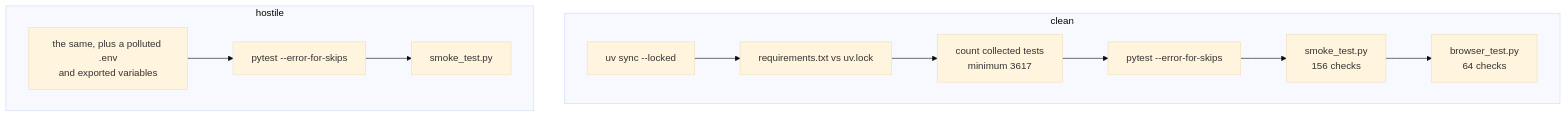
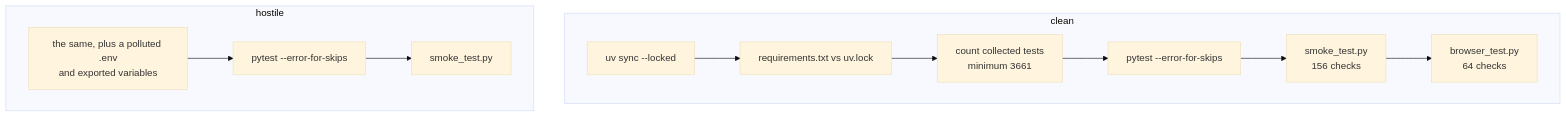
One commit to IAMN1/link-shortener changed the diagram in docs/testing.md. Above: the diagram before and after it, drawn with Mermaid (base theme). The commit also changed other lines of this file and 39 other files, not shown here.

````diff
--- a/docs/testing.md
+++ b/docs/testing.md
@@ -409,12 +409,12 @@
 ```mermaid
 flowchart TD
     subgraph clean["clean"]
         C1[uv sync --locked] --> C2[requirements.txt vs uv.lock]
-        C2 --> C3[count collected tests<br/>minimum 3617] --> C4[pytest --error-for-skips]
+        C2 --> C3[count collected tests<br/>minimum 3661] --> C4[pytest --error-for-skips]
         C4 --> C5[smoke_test.py<br/>156 checks] --> C6[browser_test.py<br/>64 checks]
     end
     subgraph hostile["hostile"]
         H1[the same, plus a polluted .env<br/>and exported variables] --> H2[pytest --error-for-skips]
         H2 --> H3[smoke_test.py]
     end
 ```
````
